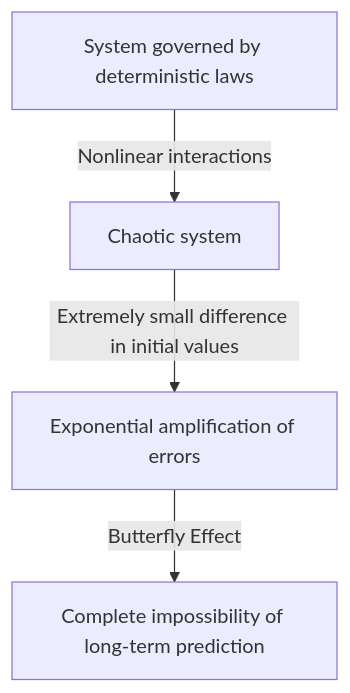
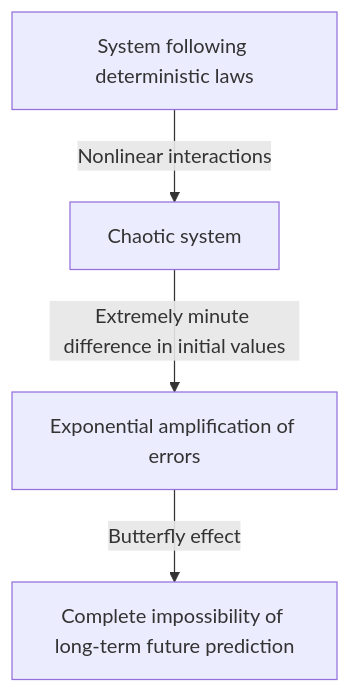
One commit to kenjinote/blog changed the first of 2 diagrams in content/post/chaos-theory/index.en.md. Above: the diagram before and after it, drawn with Mermaid. The commit also changed other lines of this file and 97 other files, not shown here.

````diff
--- a/content/post/chaos-theory/index.en.md
+++ b/content/post/chaos-theory/index.en.md
@@ -38,6 +38,6 @@
 ```mermaid
 graph TD
-    A["System governed by deterministic laws"] -->|"Nonlinear interactions"| B["Chaotic system"]
-    B -->|"Extremely small difference in initial values"| C["Exponential amplification of errors"]
-    C -->|"Butterfly Effect"| D["Complete impossibility of long-term prediction"]
+    A["System following deterministic laws"] -->|"Nonlinear interactions"| B["Chaotic system"]
+    B -->|"Extremely minute difference in initial values"| C["Exponential amplification of errors"]
+    C -->|"Butterfly effect"| D["Complete impossibility of long-term future prediction"]
 ```
````
